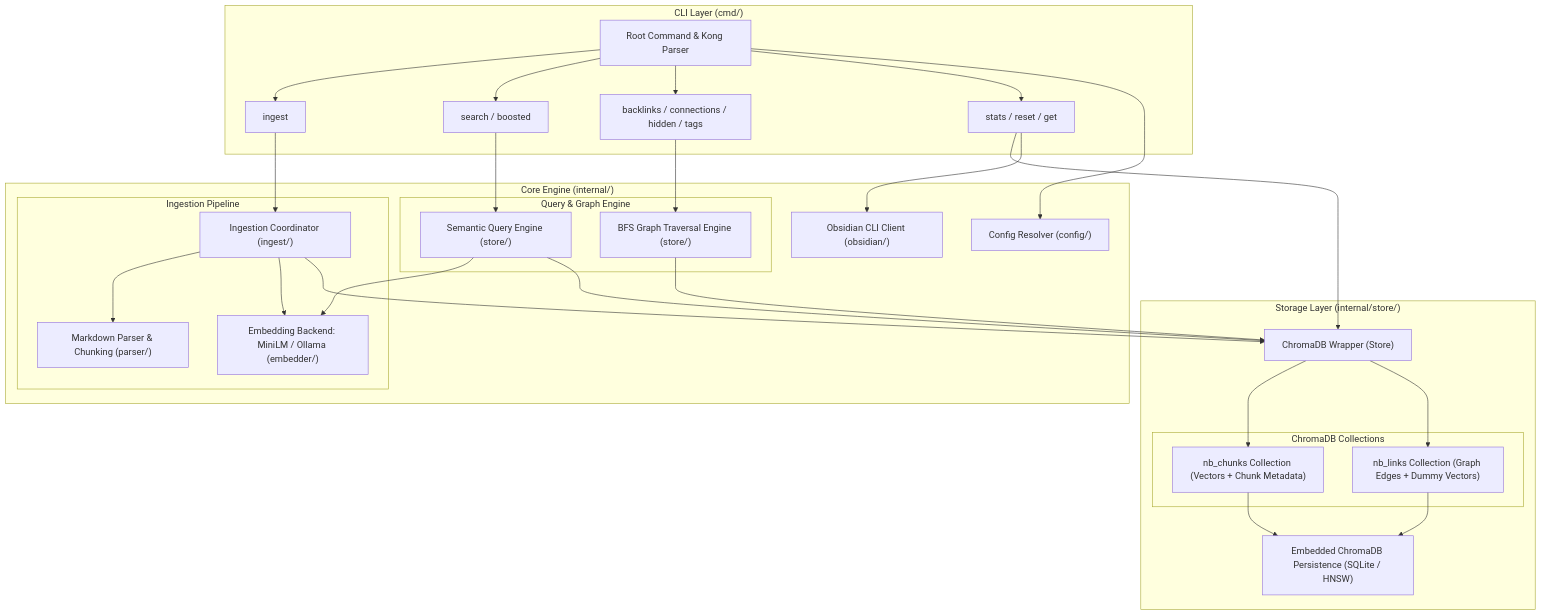
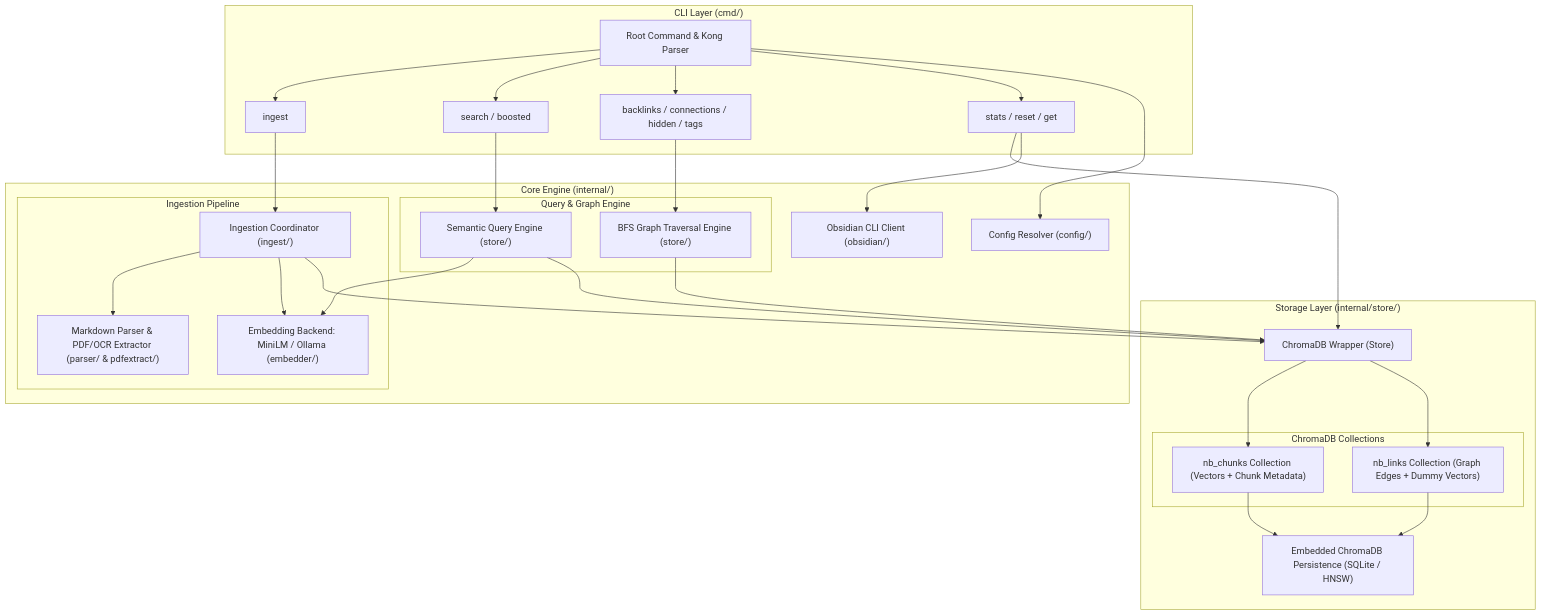
The diagram in wiki/Architecture.md (nmdra/notebrain-cli), drawn with Mermaid before and after one commit. The commit also changed other lines of this file and 480 other files, not shown here.

First line of the commit message:
feat(ingest): add PDF text extraction and OCR support

````diff
--- a/wiki/Architecture.md
+++ b/wiki/Architecture.md
@@ -11,56 +11,56 @@
 ```mermaid
 graph TD
     subgraph CLI ["CLI Layer (cmd/)"]
         Root["Root Command & Kong Parser"]
         CmdIngest["ingest"]
         CmdSearch["search / boosted"]
         CmdGraph["backlinks / connections / hidden / tags"]
         CmdVault["stats / reset / get"]
     end
 
     subgraph Core ["Core Engine (internal/)"]
         Config["Config Resolver (config/)"]
         Obsidian["Obsidian CLI Client (obsidian/)"]
 
         subgraph IngestionPipeline ["Ingestion Pipeline"]
-            Parser["Markdown Parser & Chunking (parser/)"]
+            Parser["Markdown Parser & PDF/OCR Extractor (parser/ & pdfextract/)"]
             Embedder["Embedding Backend: MiniLM / Ollama (embedder/)"]
             Ingest["Ingestion Coordinator (ingest/)"]
         end
 
         subgraph QueryEngine ["Query & Graph Engine"]
             Query["Semantic Query Engine (store/)"]
             Graph["BFS Graph Traversal Engine (store/)"]
         end
     end
 
     subgraph Storage ["Storage Layer (internal/store/)"]
         ChromaStore["ChromaDB Wrapper (Store)"]
 
         subgraph Collections ["ChromaDB Collections"]
             NbChunks["nb_chunks Collection (Vectors + Chunk Metadata)"]
             NbLinks["nb_links Collection (Graph Edges + Dummy Vectors)"]
         end
 
         SQLite["Embedded ChromaDB Persistence (SQLite / HNSW)"]
     end
 
     Root --> CmdIngest & CmdSearch & CmdGraph & CmdVault
     Root --> Config
 
     CmdIngest --> Ingest
     Ingest --> Parser
     Ingest --> Embedder
     Ingest --> ChromaStore
 
     CmdSearch --> Query
     CmdGraph --> Graph
     CmdVault --> ChromaStore & Obsidian
 
     Query --> Embedder
     Query --> ChromaStore
     Graph --> ChromaStore
 
     ChromaStore --> NbChunks & NbLinks
     NbChunks & NbLinks --> SQLite
 ```
````
